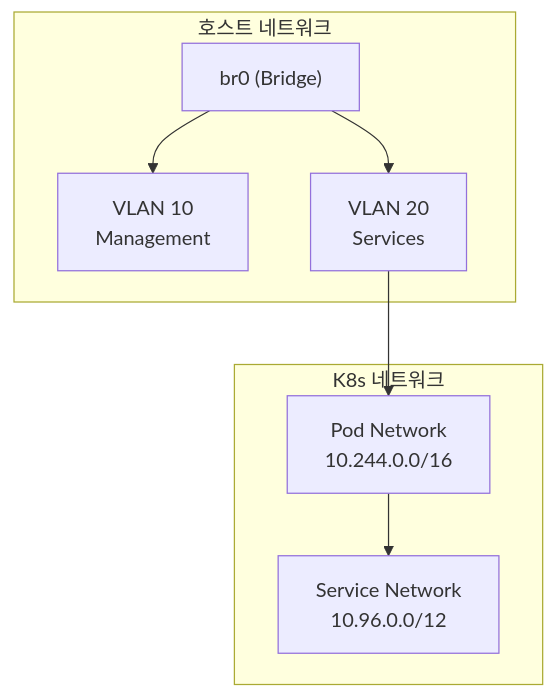
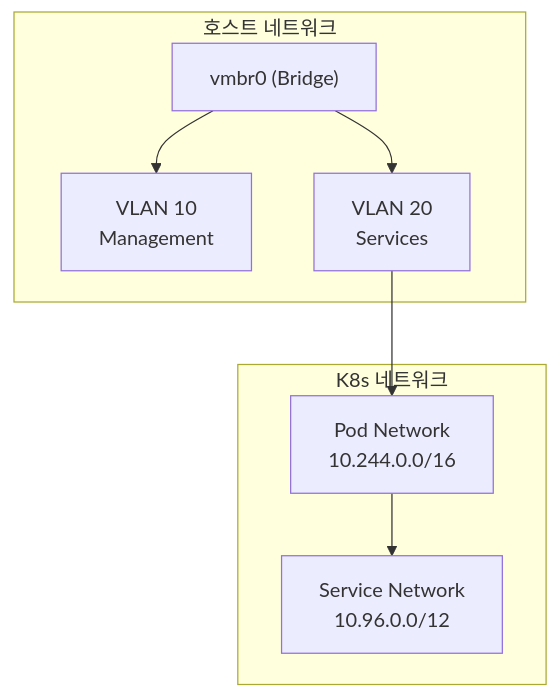
The second of 2 diagrams in docs/hybrid-k8s-cluster-plan.md (vanillacake369/tonys-homelab), drawn with Mermaid before and after one commit. The commit also changed other lines of this file and 19 other files, not shown here.

````diff
--- a/docs/hybrid-k8s-cluster-plan.md
+++ b/docs/hybrid-k8s-cluster-plan.md
@@ -372,18 +271,18 @@
 ```mermaid
 flowchart TB
     subgraph Host["호스트 네트워크"]
-        BR["br0 (Bridge)"]
+        BR["vmbr0 (Bridge)"]
         VLAN10["VLAN 10<br/>Management"]
         VLAN20["VLAN 20<br/>Services"]
     end
 
     subgraph K8s["K8s 네트워크"]
         POD["Pod Network<br/>10.244.0.0/16"]
         SVC["Service Network<br/>10.96.0.0/12"]
     end
 
     BR --> VLAN10
     BR --> VLAN20
     VLAN20 --> POD
     POD --> SVC
 ```
````
